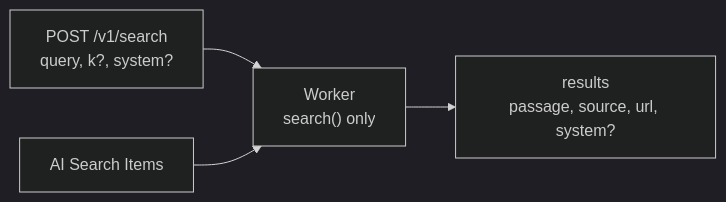
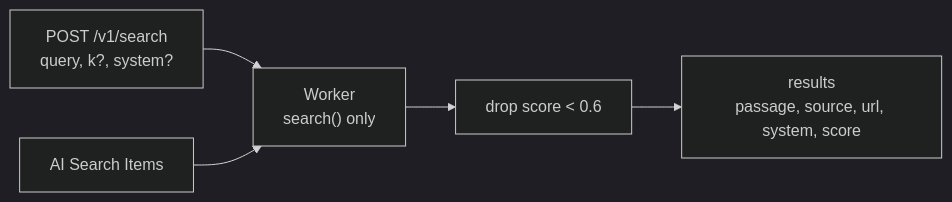
The second of 2 diagrams in docs/architecture.md (SiTaggart/design-guide), drawn with Mermaid (dark theme) before and after one commit. The commit also changed other lines of this file and 8 other files, not shown here.

Commit message:
feat(search): pass through score and drop hits below 0.6 (#3)

````diff
--- a/docs/architecture.md
+++ b/docs/architecture.md
@@ -22,6 +22,7 @@
 ```mermaid
 flowchart LR
   q["POST /v1/search\nquery, k?, system?"] --> worker["Worker\nsearch() only"]
   items["AI Search Items"] --> worker
-  worker --> json["results\npassage, source, url, system?"]
+  worker --> filter["drop score < 0.6"]
+  filter --> json["results\npassage, source, url, system, score"]
 ```
````
